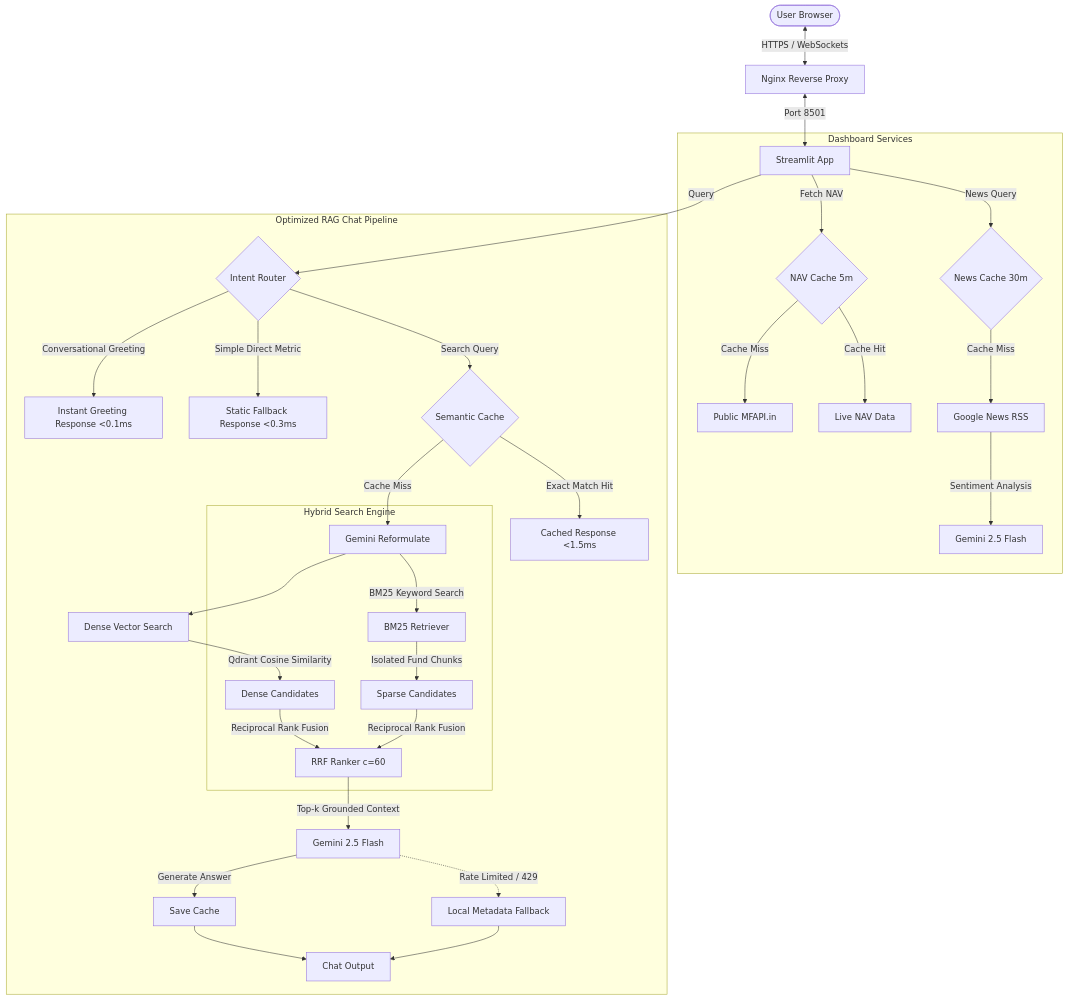
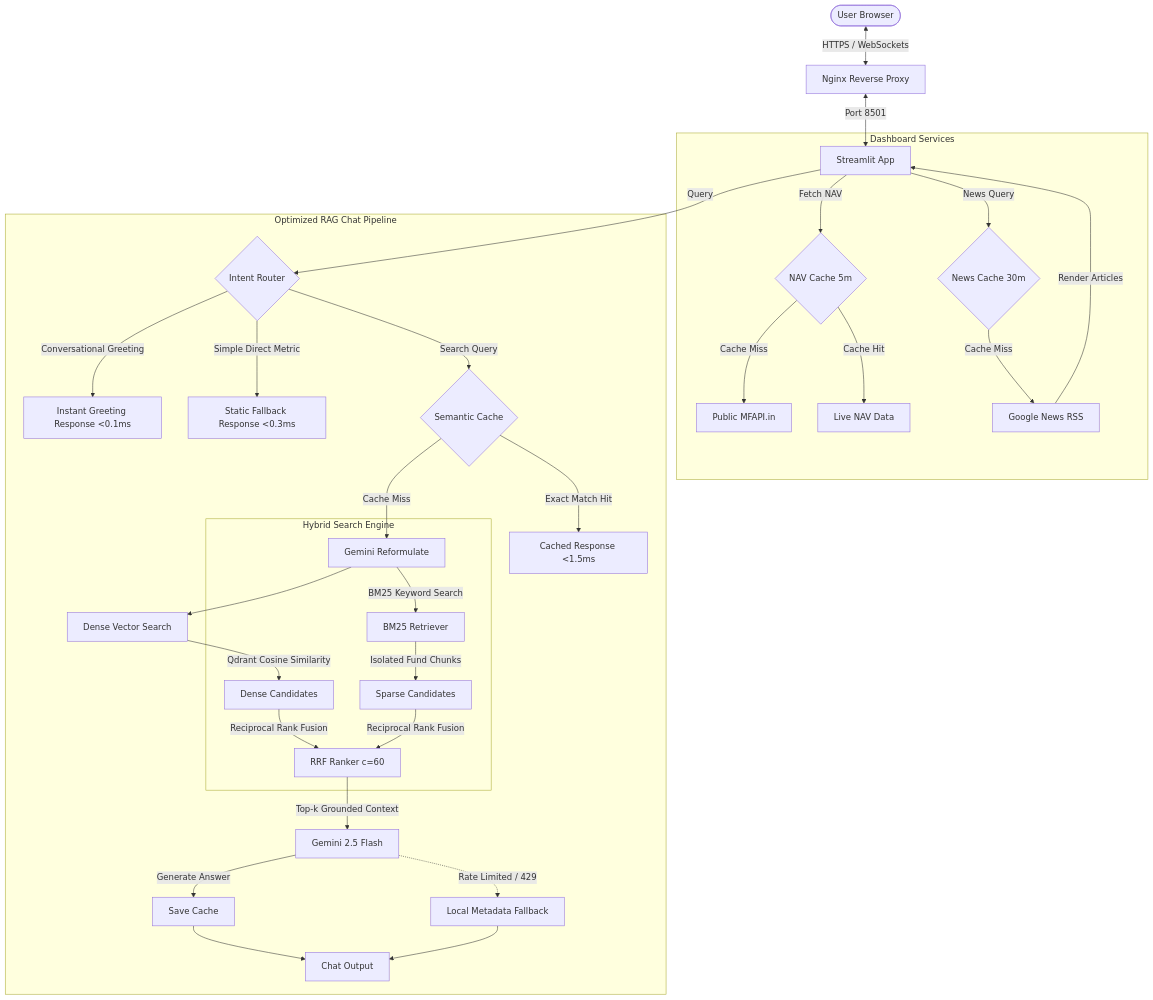
The diagram in interview_preparation_guide.md (Shekhu07/mf-rag-assistant), drawn with Mermaid before and after one commit. The commit also changed other lines of this file and 2 other files, not shown here.

Commit message:
refactor: remove news sentiment analysis feature and keep raw news feed

````diff
--- a/interview_preparation_guide.md
+++ b/interview_preparation_guide.md
@@ -11,42 +11,42 @@
 ```mermaid
 graph TD
     User([User Browser]) <-->|HTTPS / WebSockets| Nginx[Nginx Reverse Proxy]
     Nginx <-->|Port 8501| Streamlit[Streamlit App]
     
     subgraph Dashboard Services
         Streamlit -->|Fetch NAV| CacheNAV{NAV Cache 5m}
         CacheNAV -->|Cache Miss| MFAPI[Public MFAPI.in]
         CacheNAV -->|Cache Hit| LocalNAV[Live NAV Data]
         
         Streamlit -->|News Query| CacheNews{News Cache 30m}
         CacheNews -->|Cache Miss| GoogleNews[Google News RSS]
-        GoogleNews -->|Sentiment Analysis| GeminiSentiment[Gemini 2.5 Flash]
+        GoogleNews -->|Render Articles| Streamlit
     end
     
     subgraph Optimized RAG Chat Pipeline
         Streamlit -->|Query| IntentRouter{Intent Router}
         IntentRouter -->|Conversational Greeting| FastGreeting[Instant Greeting Response <0.1ms]
         IntentRouter -->|Simple Direct Metric| FastFallback[Static Fallback Response <0.3ms]
         IntentRouter -->|Search Query| CacheCheck{Semantic Cache}
         
         CacheCheck -->|Exact Match Hit| CacheReturn[Cached Response <1.5ms]
         CacheCheck -->|Cache Miss| Reformulate[Gemini Reformulate]
         Reformulate --> DenseSearch[Dense Vector Search]
         
         DenseSearch -->|Qdrant Cosine Similarity| DenseResults[Dense Candidates]
         
         subgraph Hybrid Search Engine
             Reformulate -->|BM25 Keyword Search| BM25Search[BM25 Retriever]
             BM25Search -->|Isolated Fund Chunks| SparseResults[Sparse Candidates]
             DenseResults & SparseResults -->|Reciprocal Rank Fusion| RRFMerge[RRF Ranker c=60]
         end
         
         RRFMerge -->|Top-k Grounded Context| GeminiRAG[Gemini 2.5 Flash]
         GeminiRAG -->|Generate Answer| CacheSave[Save Cache]
         CacheSave --> Response[Chat Output]
         
         %% Fallback Path
         GeminiRAG -.->|Rate Limited / 429| Fallback[Local Metadata Fallback]
         Fallback --> Response
     end
 ```
````
